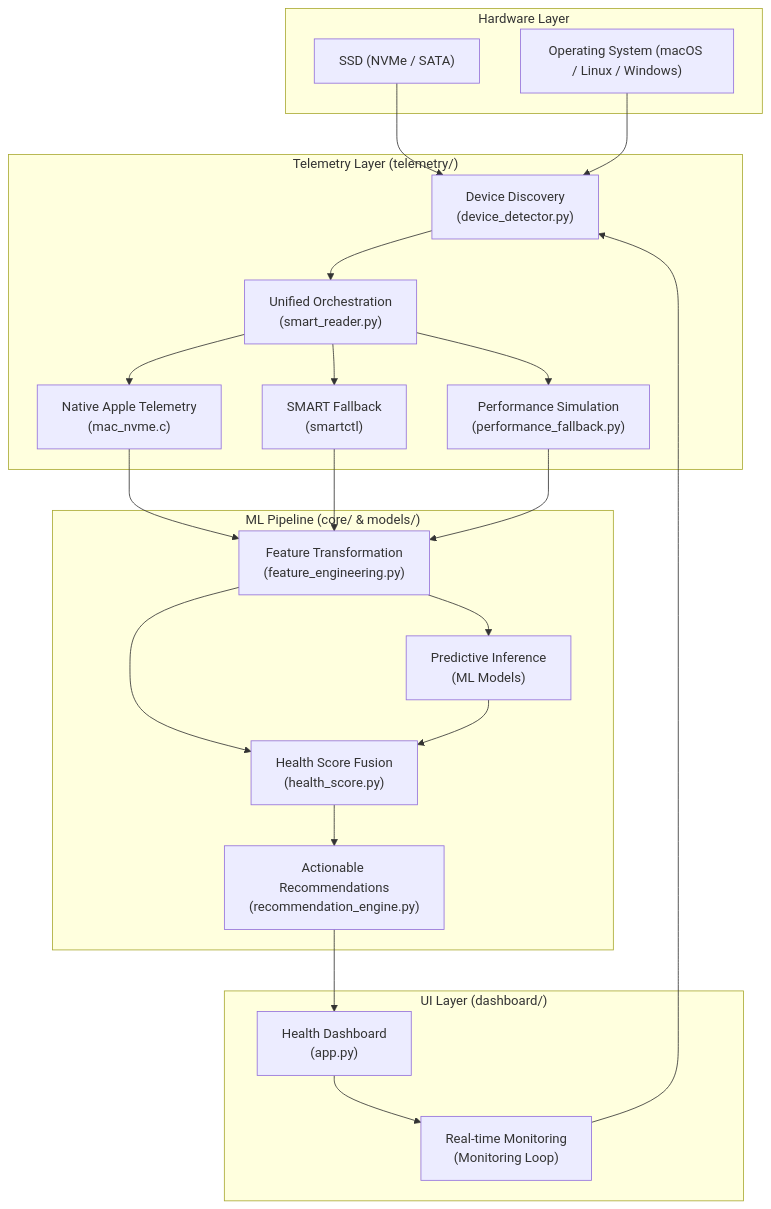
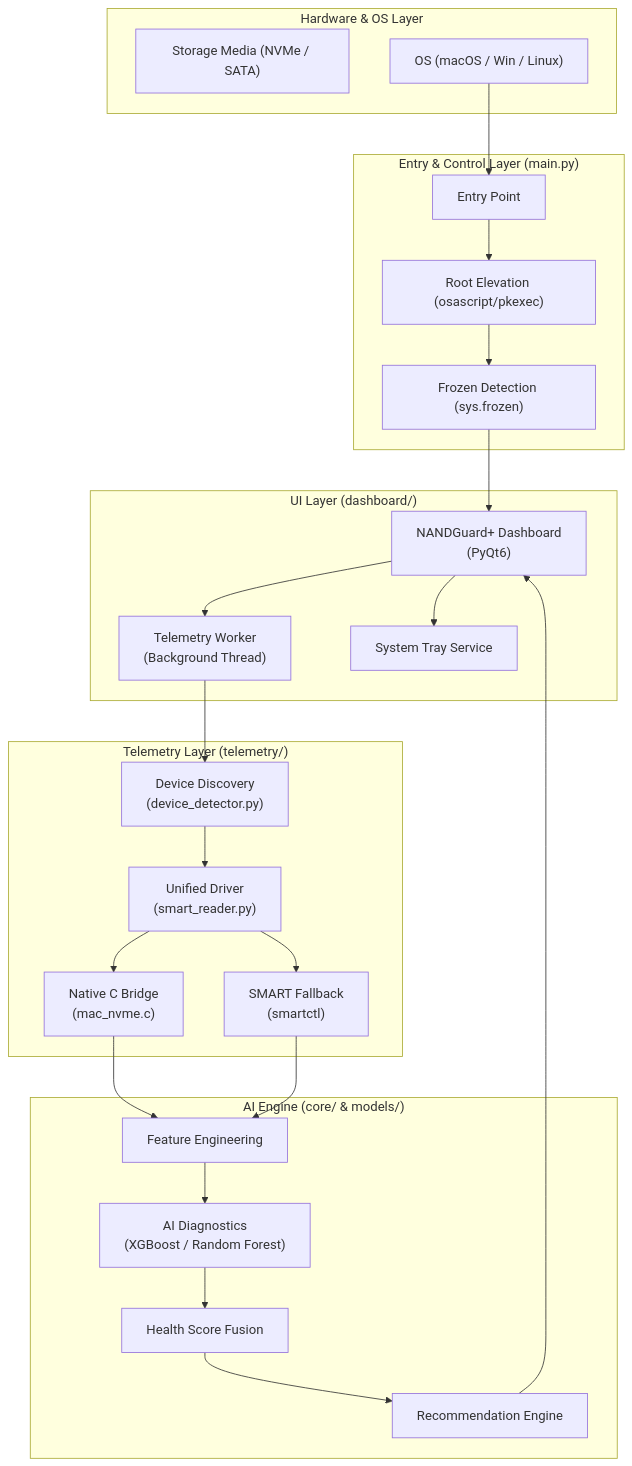
The diagram in Architecture.md (the-mayankjha/NANDGuard-), drawn with Mermaid before and after one commit. The commit also changed other lines of this file and 7 other files, not shown here.

Commit message:
fix: environment robustness and elevation for bundled hardware detection

````diff
--- a/Architecture.md
+++ b/Architecture.md
@@ -7,44 +7,53 @@
 ```mermaid
 graph TD
-    subgraph "Hardware Layer"
-        SSD["SSD (NVMe / SATA)"]
-        OS["Operating System (macOS / Linux / Windows)"]
+    subgraph "Hardware & OS Layer"
+        SSD["Storage Media (NVMe / SATA)"]
+        OS["OS (macOS / Win / Linux)"]
+    end
+
+    subgraph "Entry & Control Layer (main.py)"
+        EP["Entry Point"]
+        EL["Root Elevation (osascript/pkexec)"]
+        FD["Frozen Detection (sys.frozen)"]
     end
 
     subgraph "Telemetry Layer (telemetry/)"
         DD["Device Discovery<br/>(device_detector.py)"]
-        NC["Native Apple Telemetry<br/>(mac_nvme.c)"]
-        SR["Unified Orchestration<br/>(smart_reader.py)"]
+        NC["Native C Bridge<br/>(mac_nvme.c)"]
+        SR["Unified Driver<br/>(smart_reader.py)"]
         SC["SMART Fallback<br/>(smartctl)"]
-        PF["Performance Simulation<br/>(performance_fallback.py)"]
     end
 
-    subgraph "ML Pipeline (core/ & models/)"
-        FE["Feature Transformation<br/>(feature_engineering.py)"]
-        HS["Health Score Fusion<br/>(health_score.py)"]
-        RE["Actionable Recommendations<br/>(recommendation_engine.py)"]
-        Models["Predictive Inference<br/>(ML Models)"]
+    subgraph "AI Engine (core/ & models/)"
+        FE["Feature Engineering"]
+        AE["AI Diagnostics<br/>(XGBoost / Random Forest)"]
+        HS["Health Score Fusion"]
+        RE["Recommendation Engine"]
     end
 
     subgraph "UI Layer (dashboard/)"
-        App["Health Dashboard<br/>(app.py)"]
-        Monitor["Real-time Monitoring<br/>(Monitoring Loop)"]
+        App["NANDGuard+ Dashboard<br/>(PyQt6)"]
+        MW["Telemetry Worker<br/>(Background Thread)"]
+        Tray["System Tray Service"]
     end
 
-    SSD --> DD
-    OS --> DD
+    OS --> EP
+    EP --> EL
+    EL --> FD
+    FD --> App
+
+    App --> MW
+    MW --> DD
     DD --> SR
     SR --> NC
     SR --> SC
-    SR --> PF
+
     NC --> FE
     SC --> FE
-    PF --> FE
-    FE --> HS
-    FE --> Models
-    Models --> HS
+
+    FE --> AE
+    AE --> HS
     HS --> RE
     RE --> App
-    App --> Monitor
-    Monitor --> DD
+    App --> Tray
 ```
````
